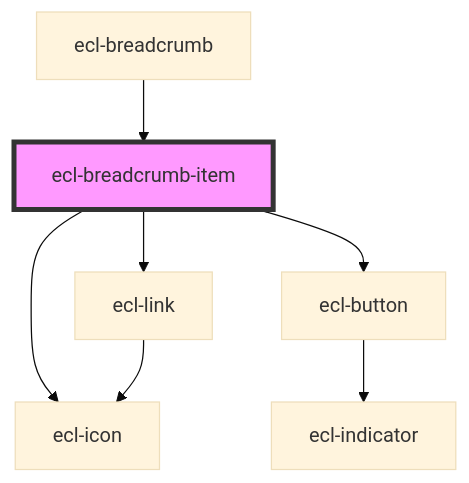
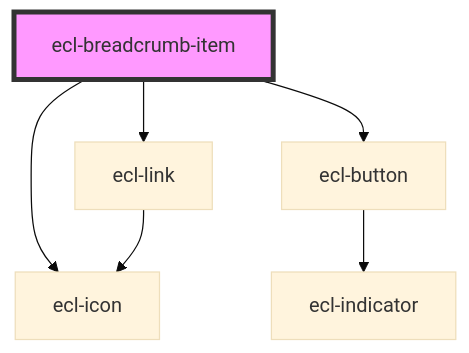
The diagram in src/components/ecl-breadcrumb/readme.md (ec-europa/ecl-webcomponents), drawn with Mermaid (base theme) before and after one commit. The commit also changed other lines of this file and 15 other files, not shown here.

````diff
--- a/src/components/ecl-breadcrumb/readme.md
+++ b/src/components/ecl-breadcrumb/readme.md
@@ -33,10 +30,9 @@
 ```mermaid
 graph TD;
   ecl-breadcrumb-item --> ecl-link
+  ecl-breadcrumb-item --> ecl-icon
   ecl-breadcrumb-item --> ecl-button
-  ecl-breadcrumb-item --> ecl-icon
   ecl-link --> ecl-icon
   ecl-button --> ecl-indicator
-  ecl-breadcrumb --> ecl-breadcrumb-item
   style ecl-breadcrumb-item fill:#f9f,stroke:#333,stroke-width:4px
 ```
````
